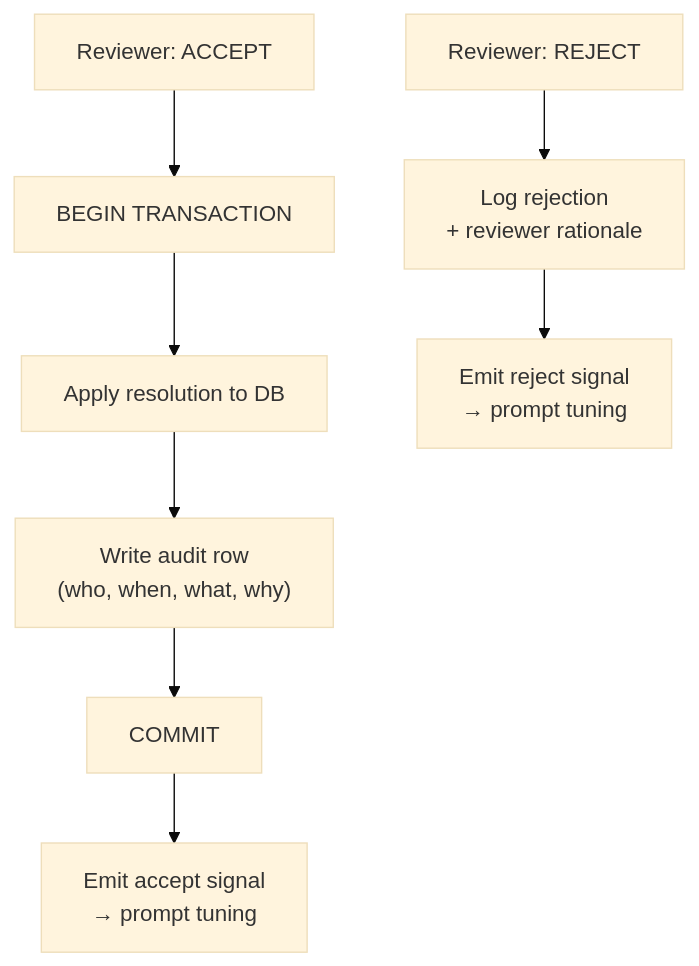
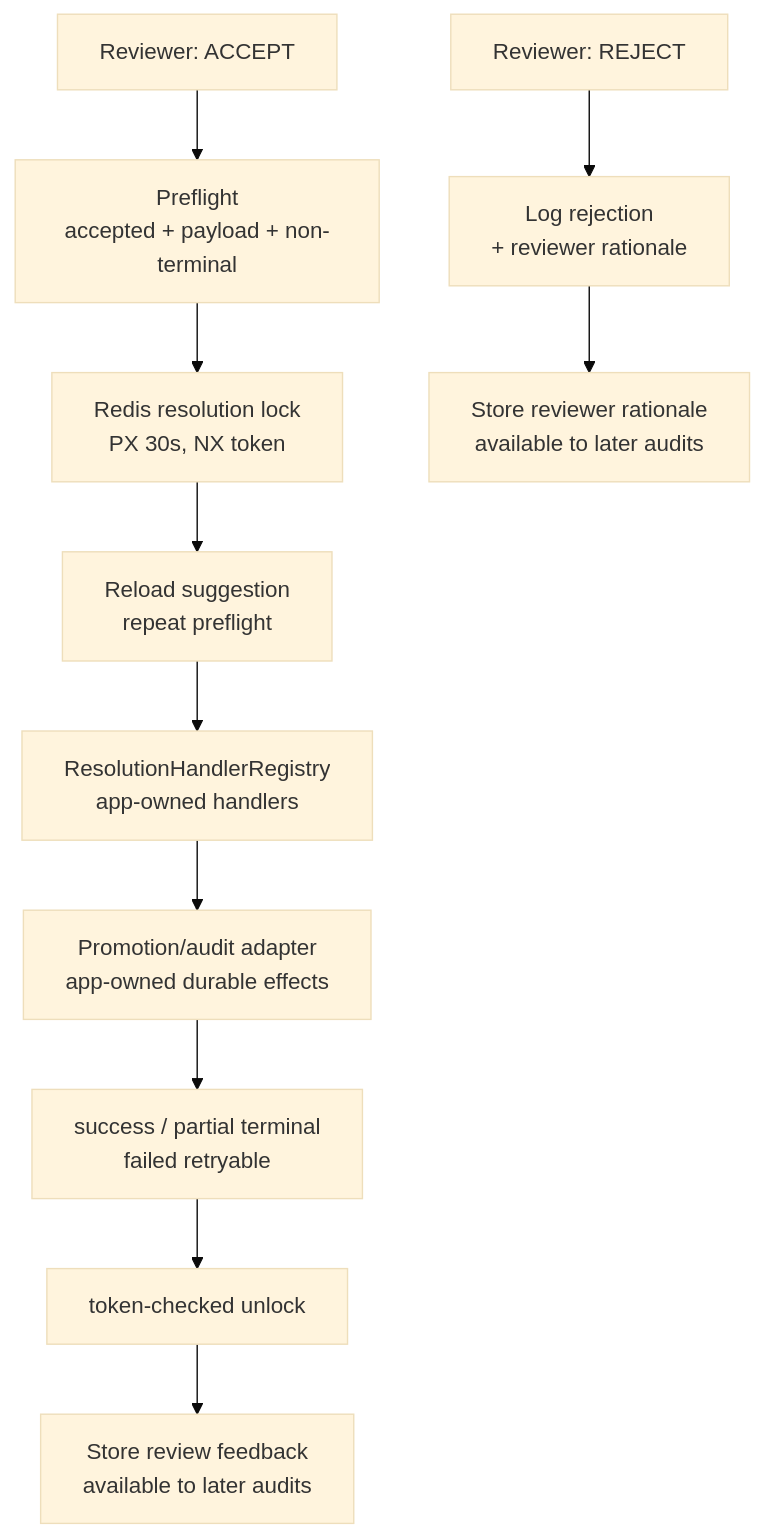
One commit to jeremienunez/thalamus-usecase-ssa- changed the diagram in docs/specs/architecture/figures/05-resolution-guarantees.mmd. Above: the diagram before and after it, drawn with Mermaid (base theme). The commit also changed 68 other files, not shown here.

Commit message:
docs: refresh architecture specs and PDFs

```diff
--- a/docs/specs/architecture/figures/05-resolution-guarantees.mmd
+++ b/docs/specs/architecture/figures/05-resolution-guarantees.mmd
@@ -1,12 +1,15 @@
 flowchart TD
     Accept["Reviewer: ACCEPT"]
     Reject["Reviewer: REJECT"]
 
-    Accept --> TX["BEGIN TRANSACTION"]
-    TX --> Write["Apply resolution to DB"]
-    Write --> Audit["Write audit row<br/>(who, when, what, why)"]
-    Audit --> Commit["COMMIT"]
-    Commit --> Signal["Emit accept signal<br/>→ prompt tuning"]
+    Accept --> Preflight["Preflight<br/>accepted + payload + non-terminal"]
+    Preflight --> Lock["Redis resolution lock<br/>PX 30s, NX token"]
+    Lock --> Reload["Reload suggestion<br/>repeat preflight"]
+    Reload --> Dispatch["ResolutionHandlerRegistry<br/>app-owned handlers"]
+    Dispatch --> Promote["Promotion/audit adapter<br/>app-owned durable effects"]
+    Promote --> Result["success / partial terminal<br/>failed retryable"]
+    Result --> Unlock["token-checked unlock"]
+    Unlock --> Signal["Store review feedback<br/>available to later audits"]
 
     Reject --> Log["Log rejection<br/>+ reviewer rationale"]
-    Log --> SignalR["Emit reject signal<br/>→ prompt tuning"]
+    Log --> SignalR["Store reviewer rationale<br/>available to later audits"]
```
